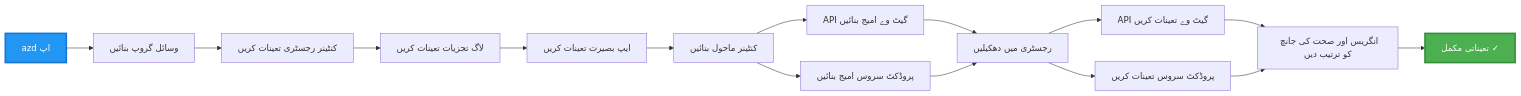
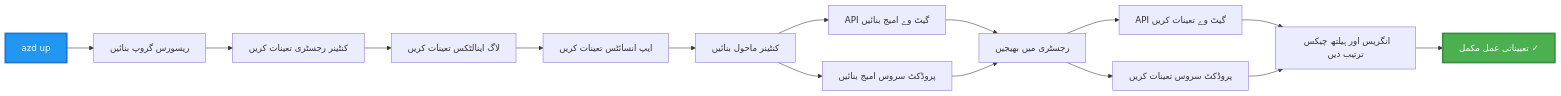
The third of 4 diagrams in translations/ur/examples/microservices/README.md (microsoft/AZD-for-beginners), drawn with Mermaid before and after one commit. The commit also changed other lines of this file and 298 other files, not shown here.

````diff
--- a/translations/ur/examples/microservices/README.md
+++ b/translations/ur/examples/microservices/README.md
@@ -242,20 +233,20 @@
 ```mermaid
 graph LR
-    A[azd اپ] --> B[وسائل گروپ بنائیں]
+    A[azd up] --> B[ریسورس گروپ بنائیں]
     B --> C[کنٹینر رجسٹری تعینات کریں]
-    C --> D[لاگ تجزیات تعینات کریں]
-    D --> E[ایپ بصیرت تعینات کریں]
+    C --> D[لاگ اینالٹکس تعینات کریں]
+    D --> E[ایپ انسائٹس تعینات کریں]
     E --> F[کنٹینر ماحول بنائیں]
     F --> G[API گیٹ وے امیج بنائیں]
     F --> H[پروڈکٹ سروس امیج بنائیں]
-    G --> I[رجسٹری میں دھکیلیں]
+    G --> I[رجسٹری میں بھیجیں]
     H --> I
     I --> J[API گیٹ وے تعینات کریں]
     I --> K[پروڈکٹ سروس تعینات کریں]
-    J --> L[انگریس اور صحت کی جانچ کو ترتیب دیں]
+    J --> L[انگریس اور ہیلتھ چیکس ترتیب دیں]
     K --> L
-    L --> M[تعیناتی مکمل ✓]
+    L --> M[تعییناتی عمل مکمل ✓]
     
     style A fill:#2196F3,stroke:#1976D2,stroke-width:3px,color:#fff
     style M fill:#4CAF50,stroke:#388E3C,stroke-width:3px,color:#fff
 ```
````
